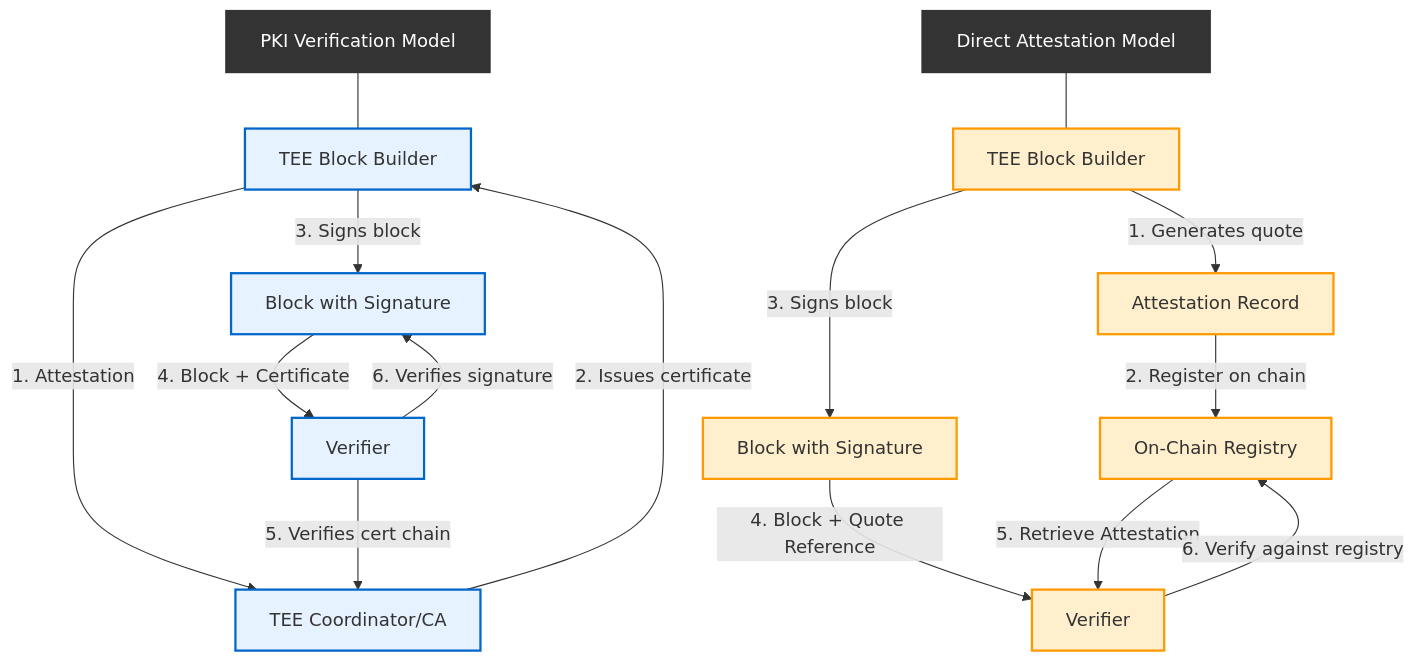
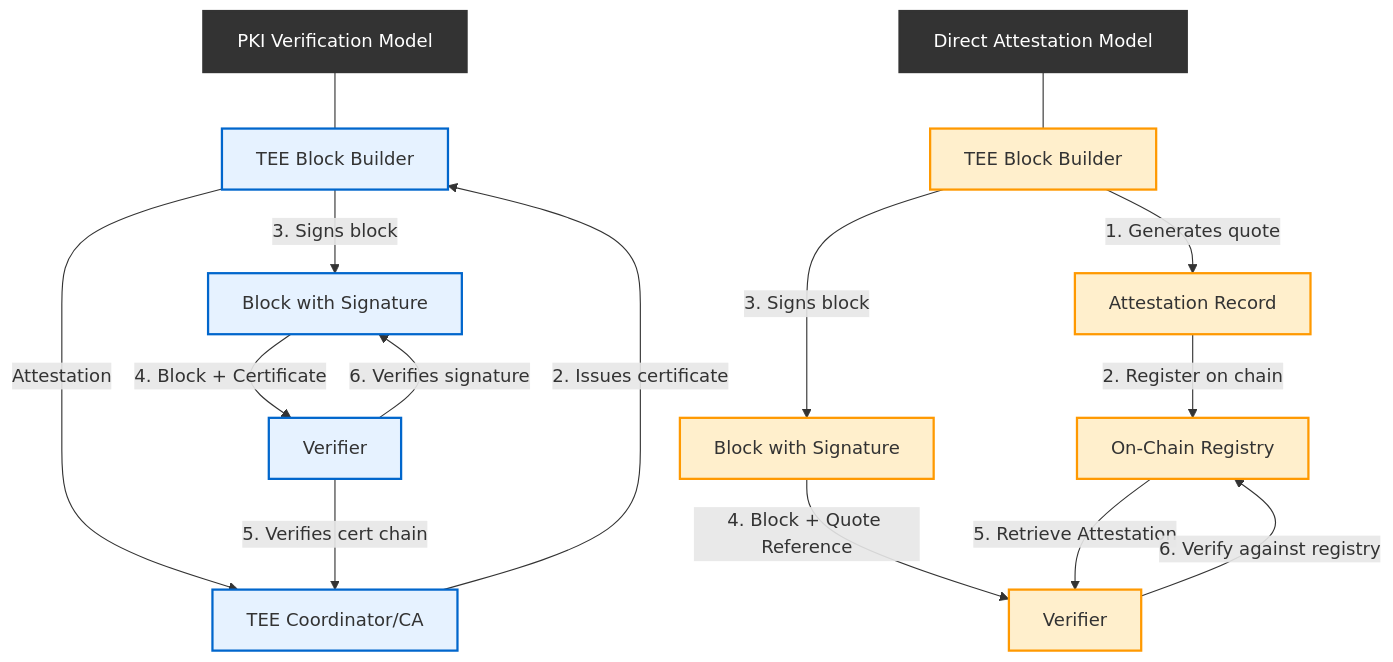
Before and after one commit to fnerdman/tee-l2-spec: the first of 2 diagrams in README.md, drawn with Mermaid.

````diff
--- a/README.md
+++ b/README.md
@@ -293,37 +293,37 @@
 ```mermaid
 flowchart TD
     %% Headers
     PKI[PKI Verification Model]:::header
     DIRECT[Direct Attestation Model]:::header
     
     %% PKI Model
     PKI --- A1
-    A1[TEE Block Builder] -->|1. Attestation| B1[TEE Coordinator/CA]
+    A1[TEE Block Builder] -->|Attestation| B1[TEE Coordinator/CA]
     B1 -->|2. Issues certificate| A1
     A1 -->|3. Signs block| C1[Block with Signature]
     C1 -->|4. Block + Certificate| D1[Verifier]
     D1 -->|5. Verifies cert chain| B1
     D1 -->|6. Verifies signature| C1
     
     %% Direct Attestation Model
     DIRECT --- A2
     A2[TEE Block Builder] -->|1. Generates quote| B2[Attestation Record]
     B2 -->|2. Register on chain| C2[On-Chain Registry]
     A2 -->|3. Signs block| D2[Block with Signature]
     D2 -->|4. Block + Quote Reference| E2[Verifier]
     C2 -->|5. Retrieve Attestation| E2
     E2 -->|6. Verify against registry| C2
     
     %% Styles
     classDef header fill:#333,color:#fff,stroke:#333,stroke-width:2px
     style A1 fill:#e6f2ff,stroke:#0066cc,stroke-width:2px
     style B1 fill:#e6f2ff,stroke:#0066cc,stroke-width:2px
     style C1 fill:#e6f2ff,stroke:#0066cc,stroke-width:2px
     style D1 fill:#e6f2ff,stroke:#0066cc,stroke-width:2px
     
     style A2 fill:#ffefcc,stroke:#ff9900,stroke-width:2px
     style B2 fill:#ffefcc,stroke:#ff9900,stroke-width:2px
     style C2 fill:#ffefcc,stroke:#ff9900,stroke-width:2px
     style D2 fill:#ffefcc,stroke:#ff9900,stroke-width:2px
     style E2 fill:#ffefcc,stroke:#ff9900,stroke-width:2px
 ```
````
